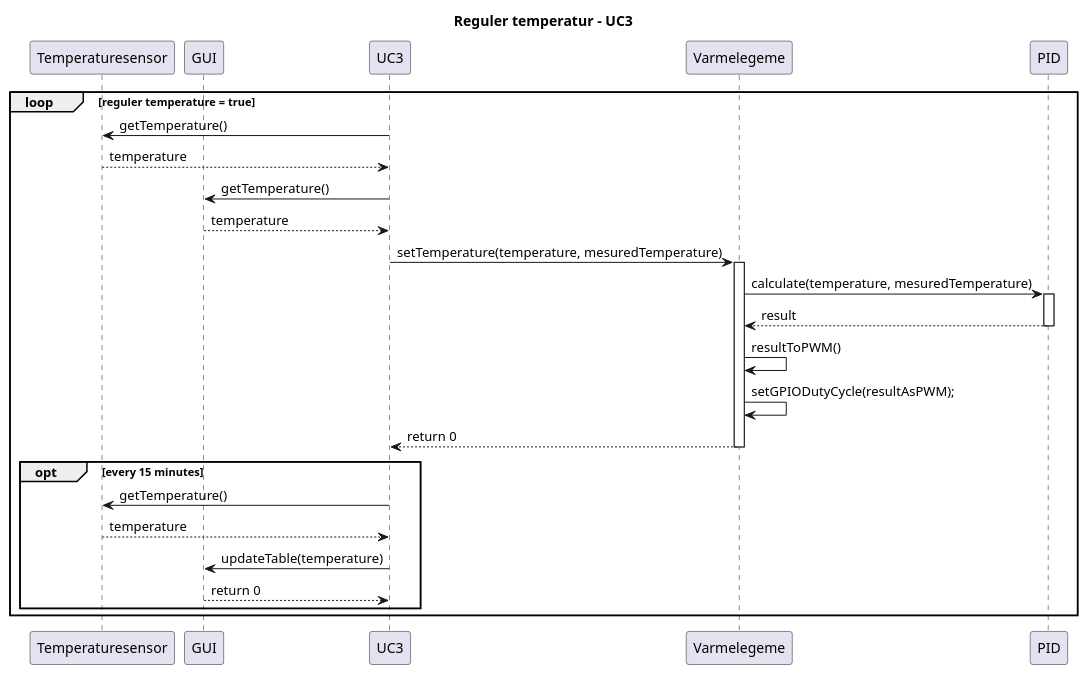
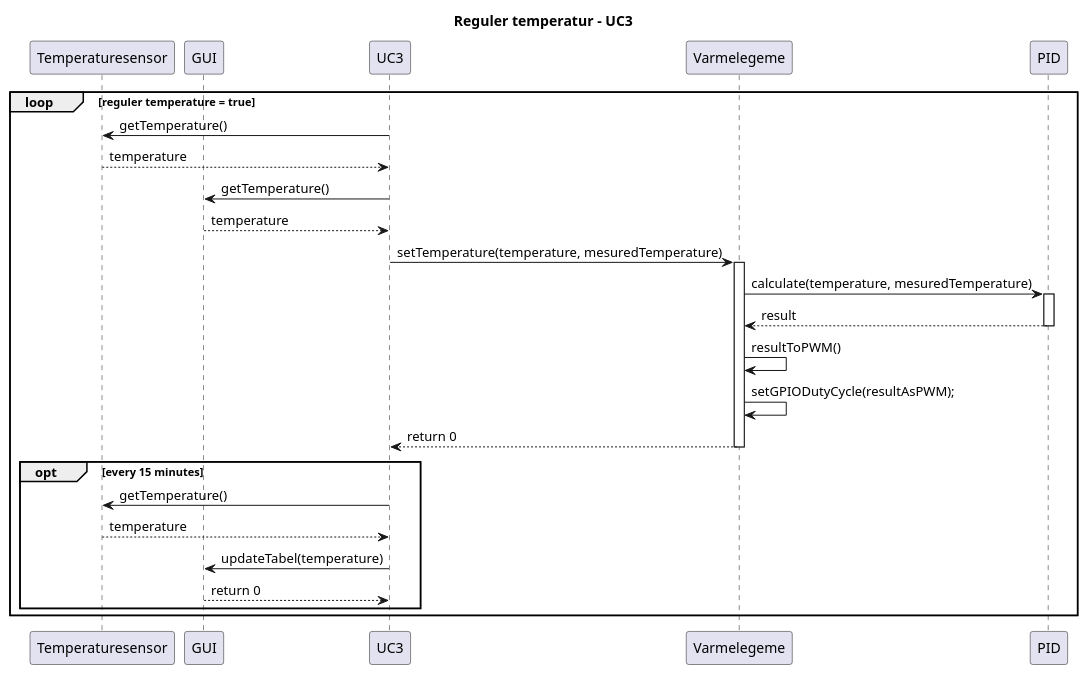
One commit to Solvgraa-mager/E4PRJ4 changed the diagram in Design/Akutuator enhed/Domnaemodel_AE/SD_AE_reguler.puml. Above: the diagram before and after it, drawn with PlantUML. The commit also changed 11 other files, not shown here.

```diff
--- a/Design/Akutuator enhed/Domnaemodel_AE/SD_AE_reguler.puml
+++ b/Design/Akutuator enhed/Domnaemodel_AE/SD_AE_reguler.puml
@@ -1,28 +1,28 @@
 @startuml SC_UC3
 title Reguler temperatur - UC3
 participant Temperaturesensor
 participant GUI
 participant UC3
 participant Varmelegeme
 participant PID
 
 loop reguler temperature = true
     UC3 -> Temperaturesensor : getTemperature()
     UC3 <-- Temperaturesensor : temperature
     UC3 -> GUI : getTemperature()
     UC3 <-- GUI : temperature
     UC3 -> Varmelegeme ++ : setTemperature(temperature, mesuredTemperature)
     Varmelegeme -> PID ++ : calculate(temperature, mesuredTemperature)
     return result
     Varmelegeme -> Varmelegeme : resultToPWM()
     Varmelegeme -> Varmelegeme : setGPIODutyCycle(resultAsPWM);
     return return 0
 
     opt every 15 minutes
         UC3 -> Temperaturesensor : getTemperature()
         UC3 <-- Temperaturesensor : temperature
-        UC3 -> GUI : updateTable(temperature)
+        UC3 -> GUI : updateTabel(temperature)
         UC3 <-- GUI : return 0
     end
 end
 @enduml
```
